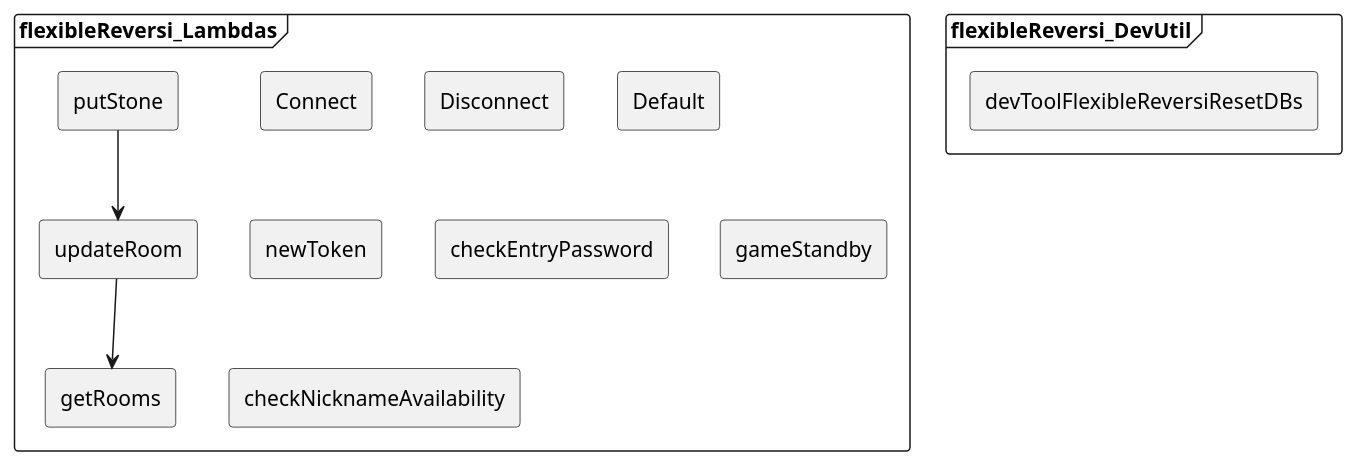
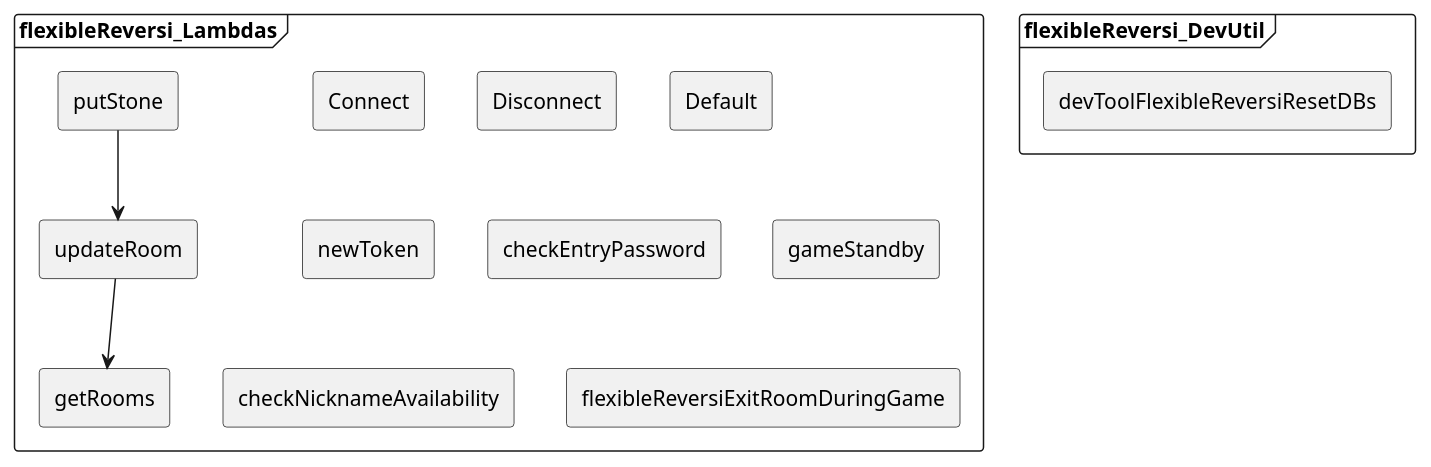
One commit to kusa-mochi/flexible-reversi changed the diagram in docs/lambda_relations.puml. Above: the diagram before and after it, drawn with PlantUML.

Commit message:
update lambda relation diagram.

```diff
--- a/docs/lambda_relations.puml
+++ b/docs/lambda_relations.puml
@@ -1,23 +1,24 @@
 @startuml lambda_relations
 
 frame flexibleReversi_Lambdas {
     agent Connect
     agent Disconnect
     agent Default
     agent newToken
     agent getRooms
     agent updateRoom
     agent checkEntryPassword
     agent gameStandby
     agent checkNicknameAvailability
     agent putStone
+    agent flexibleReversiExitRoomDuringGame
 
     updateRoom --> getRooms
     putStone --> updateRoom
 }
 
 frame flexibleReversi_DevUtil {
     agent devToolFlexibleReversiResetDBs
 }
 
 @enduml
```
